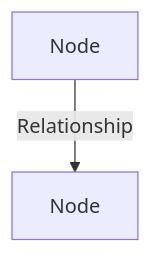
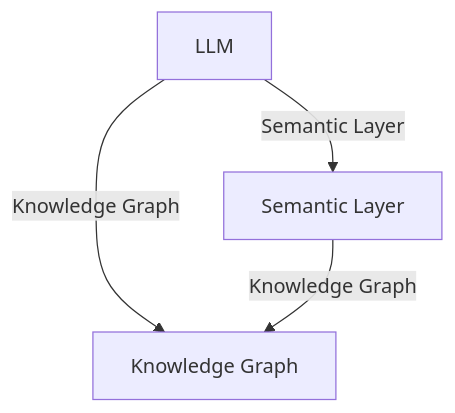
The second of 3 diagrams in docs/Understanding/agents/knowledge_graphs.md (ianderrington/genai), drawn with Mermaid before and after one commit. The commit also changed other lines of this file, not shown here.

````diff
--- a/docs/Understanding/agents/knowledge_graphs.md
+++ b/docs/Understanding/agents/knowledge_graphs.md
@@ -14,4 +260,6 @@
-```mermaid
-graph TD
-    A[Node] -->|Relationship| B[Node]
-```
+    ```mermaid
+    graph TD
+        A[LLM] -->|"Knowledge Graph"| B[Knowledge Graph]
+        A[LLM] -->|"Semantic Layer"| C[Semantic Layer]
+        C -->|"Knowledge Graph"| B
+    ```
````
